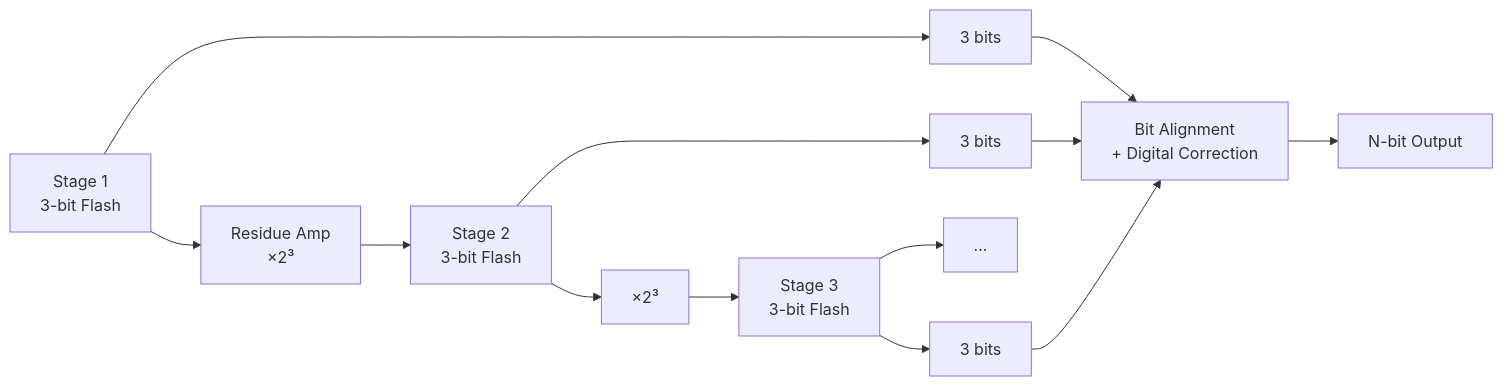
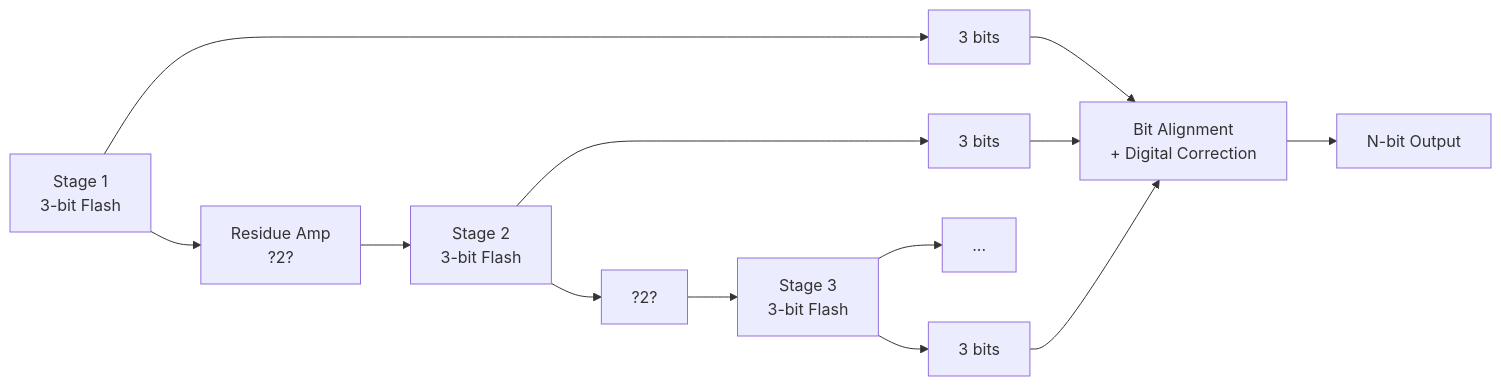
One commit to Raushan666java/ai-engineering-journey changed the sixth of 6 diagrams in docs/courses/digital-logic/13-dac-adc.md. Above: the diagram before and after it, drawn with Mermaid. The commit also changed other lines of this file and 790 other files, not shown here.

Commit message:
Sync all course diagram renders and content updates

````diff
--- a/docs/courses/digital-logic/13-dac-adc.md
+++ b/docs/courses/digital-logic/13-dac-adc.md
@@ -439,13 +439,13 @@
 ```mermaid
 graph LR
-    S1[Stage 1<br>3-bit Flash] --> R1[Residue Amp<br>×2³] --> S2[Stage 2<br>3-bit Flash]
+    S1[Stage 1<br>3-bit Flash] --> R1[Residue Amp<br>?2?] --> S2[Stage 2<br>3-bit Flash]
     S1 --> D1[3 bits]
-    S2 --> R2[×2³] --> S3[Stage 3<br>3-bit Flash]
+    S2 --> R2[?2?] --> S3[Stage 3<br>3-bit Flash]
     S2 --> D2[3 bits]
     S3 --> S4[...]
     S3 --> D3[3 bits]
     D1 --> SYNC[Bit Alignment<br>+ Digital Correction]
     D2 --> SYNC
     D3 --> SYNC
     SYNC --> OUT[N-bit Output]
 ```
````
